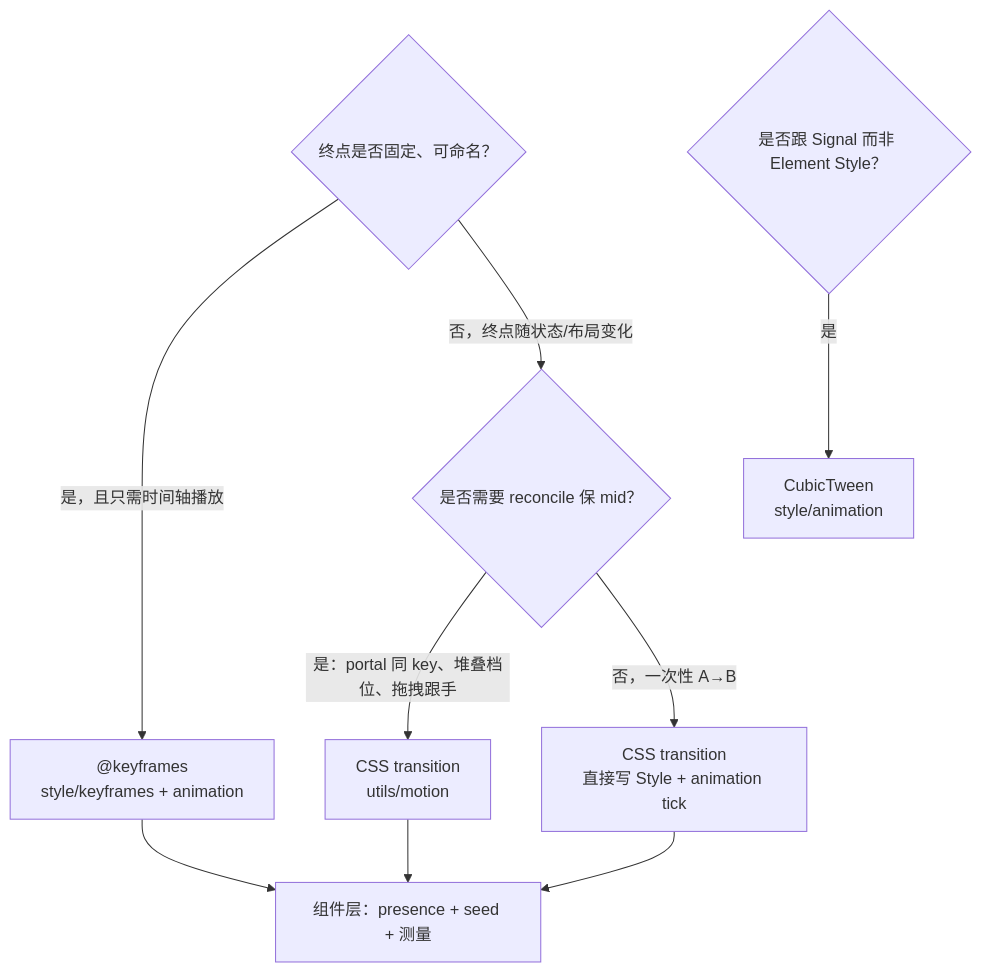
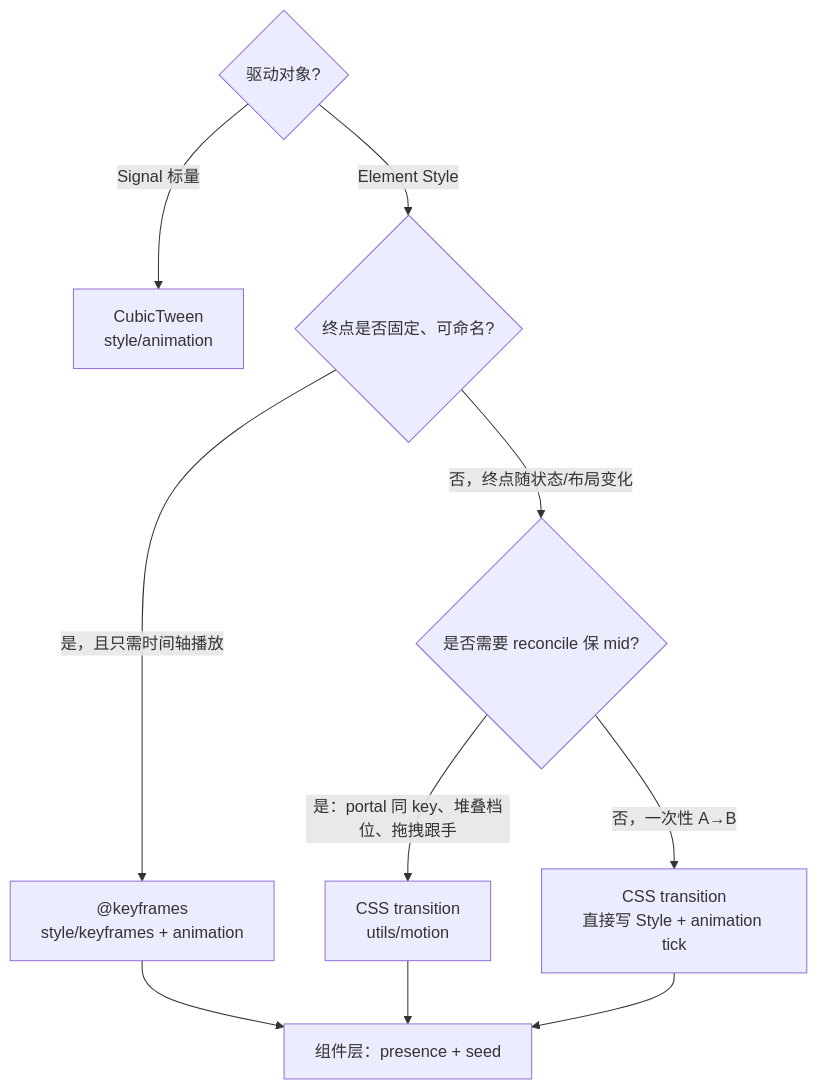
The diagram in docs/engine/animation_and_motion.md (Zk3619/Jadix), drawn with Mermaid before and after one commit. The commit also changed other lines of this file and 31 other files, not shown here.

````diff
--- a/docs/engine/animation_and_motion.md
+++ b/docs/engine/animation_and_motion.md
@@ -40,13 +45,13 @@
 ```mermaid
 flowchart TD
-  Q1{终点是否固定、可命名？}
+  Q0{驱动对象?}
+  Q0 -->|Signal 标量| C["CubicTween\nstyle/animation"]
+  Q0 -->|Element Style| Q1{终点是否固定、可命名?}
   Q1 -->|是，且只需时间轴播放| K["@keyframes\nstyle/keyframes + animation"]
-  Q1 -->|否，终点随状态/布局变化| Q2{是否需要 reconcile 保 mid？}
+  Q1 -->|否，终点随状态/布局变化| Q2{是否需要 reconcile 保 mid?}
   Q2 -->|是：portal 同 key、堆叠档位、拖拽跟手| M["CSS transition\nutils/motion"]
   Q2 -->|否，一次性 A→B| T["CSS transition\n直接写 Style + animation tick"]
-  Q3{是否跟 Signal 而非 Element Style？}
-  Q3 -->|是| C["CubicTween\nstyle/animation"]
-  K --> COMP[组件层：presence + seed + 测量]
+  K --> COMP[组件层：presence + seed]
   M --> COMP
   T --> COMP
 ```
````
